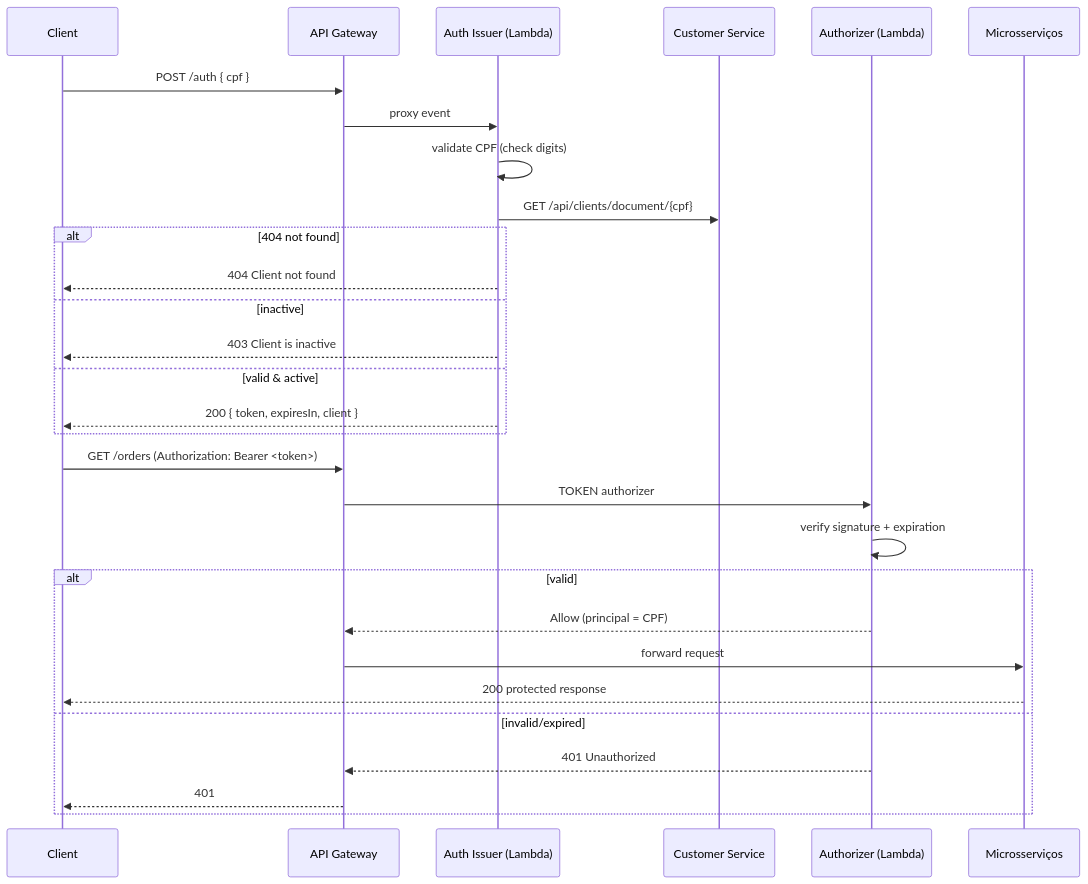
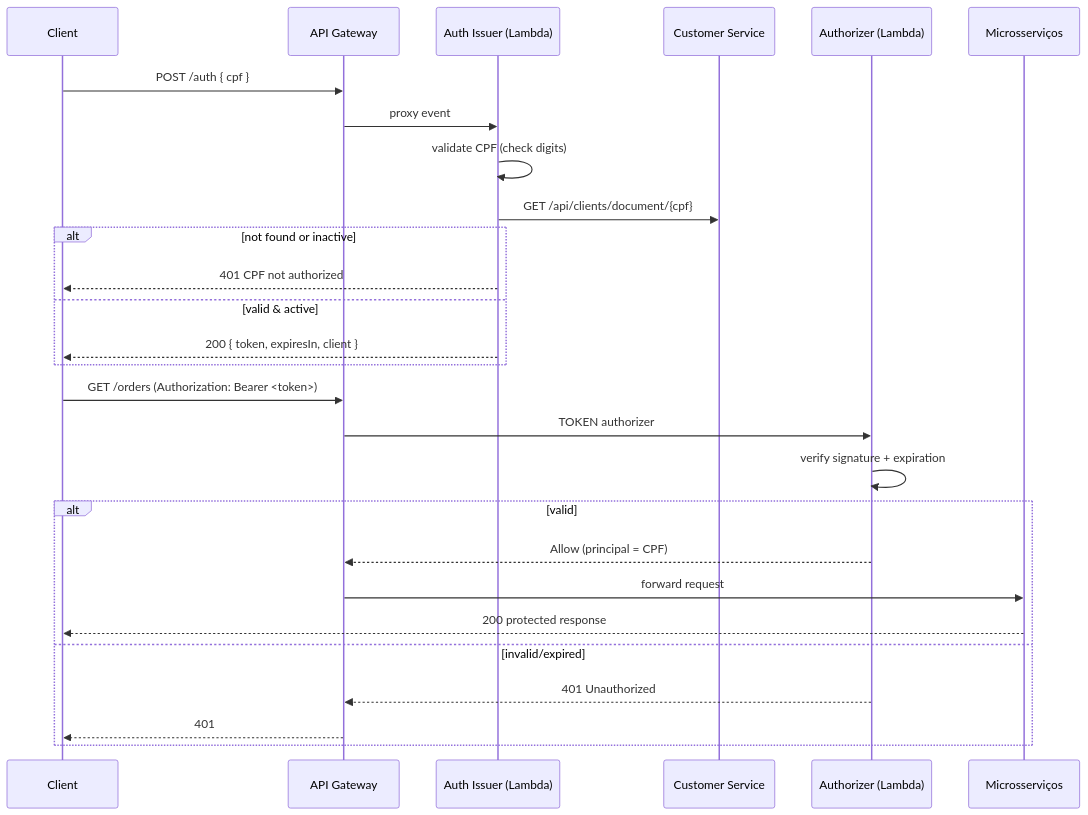
One commit to TechChalleng-FIAP-SOAT/workbench-lambda changed the second of 2 diagrams in README.md. Above: the diagram before and after it, drawn with Mermaid. The commit also changed other lines of this file and 9 other files, not shown here.

````diff
--- a/README.md
+++ b/README.md
@@ -81,33 +81,31 @@
 ```mermaid
 sequenceDiagram
     participant C as Client
     participant G as API Gateway
     participant I as Auth Issuer (Lambda)
     participant D as Customer Service
     participant Z as Authorizer (Lambda)
     participant B as Microsserviços
 
     C->>G: POST /auth { cpf }
     G->>I: proxy event
     I->>I: validate CPF (check digits)
     I->>D: GET /api/clients/document/{cpf}
-    alt 404 not found
-        I-->>C: 404 Client not found
-    else inactive
-        I-->>C: 403 Client is inactive
+    alt not found or inactive
+        I-->>C: 401 CPF not authorized
     else valid & active
         I-->>C: 200 { token, expiresIn, client }
     end
 
     C->>G: GET /orders (Authorization: Bearer <token>)
     G->>Z: TOKEN authorizer
     Z->>Z: verify signature + expiration
     alt valid
         Z-->>G: Allow (principal = CPF)
         G->>B: forward request
         B-->>C: 200 protected response
     else invalid/expired
         Z-->>G: 401 Unauthorized
         G-->>C: 401
     end
 ```
````
